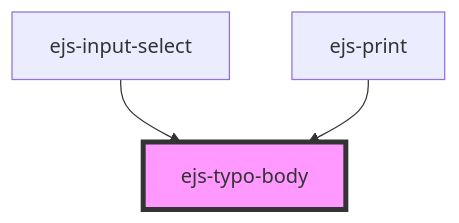
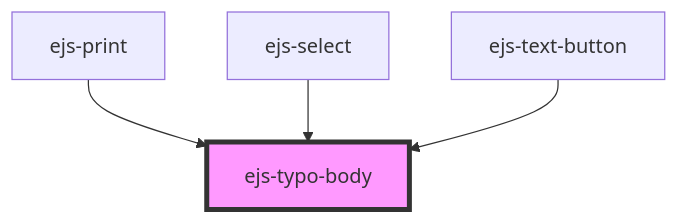
Before and after one commit to ezeep/ezeep-js: the diagram in src/components/ejs-typo-body/readme.md, drawn with Mermaid. The commit also changed other lines of this file and 25 other files, not shown here.

````diff
--- a/src/components/ejs-typo-body/readme.md
+++ b/src/components/ejs-typo-body/readme.md
@@ -31,6 +32,7 @@
 ```mermaid
 graph TD;
-  ejs-input-select --> ejs-typo-body
   ejs-print --> ejs-typo-body
+  ejs-select --> ejs-typo-body
+  ejs-text-button --> ejs-typo-body
   style ejs-typo-body fill:#f9f,stroke:#333,stroke-width:4px
 ```
````
